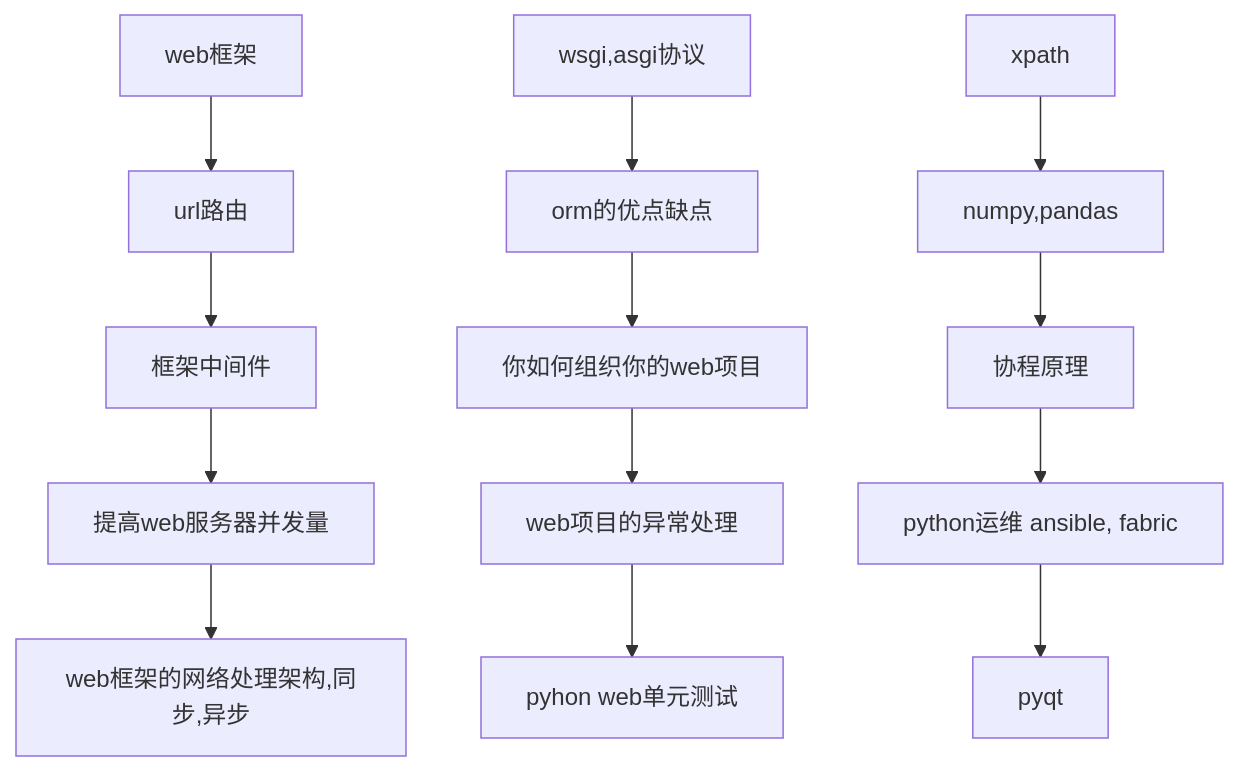
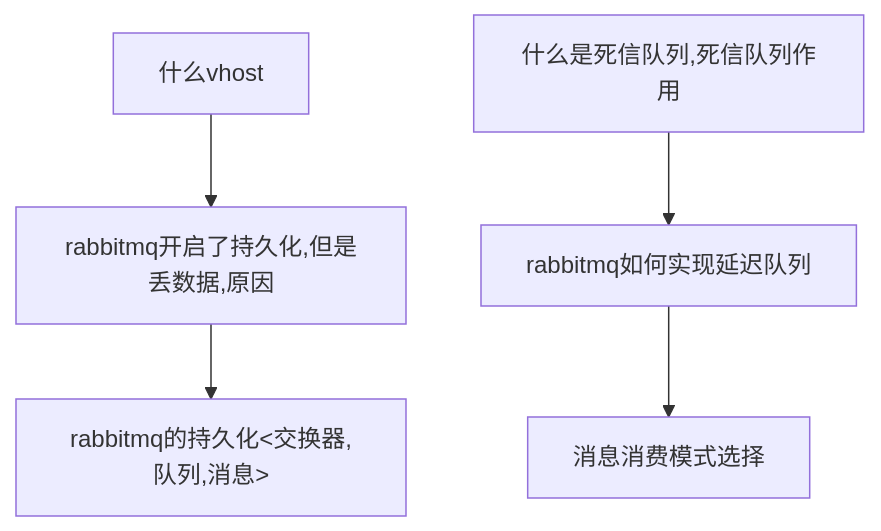
One commit to Roxas/article changed the ninth of 15 diagrams in interview_flow.md. Above: the diagram before and after it, drawn with Mermaid. The commit also changed other lines of this file, not shown here.

First line of the commit message:
update flow

````diff
--- a/interview_flow.md
+++ b/interview_flow.md
@@ -67,6 +107,5 @@
 ```mermaid
 graph TB
-    a[web框架] --> d[url路由] --> g[框架中间件] --> j[提高web服务器并发量] --> m[web框架的网络处理架构,同步,异步]
-    b[wsgi,asgi协议] --> e[orm的优点缺点] --> h[你如何组织你的web项目] --> k[web项目的异常处理] --> n[pyhon web单元测试]
-    c[xpath] --> f[numpy,pandas] --> i[协程原理] --> o[python运维 ansible, fabric] --> p[pyqt]
+    a[什么vhost] --> c[rabbitmq开启了持久化,但是丢数据,原因] --> e[rabbitmq的持久化<交换器,队列,消息>]
+    b[什么是死信队列,死信队列作用] --> d[rabbitmq如何实现延迟队列<TLL+死信队列>] --> h[消息消费模式选择]
 ```
````
